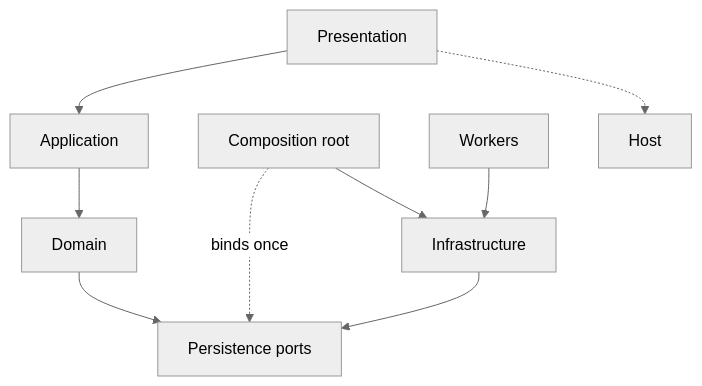
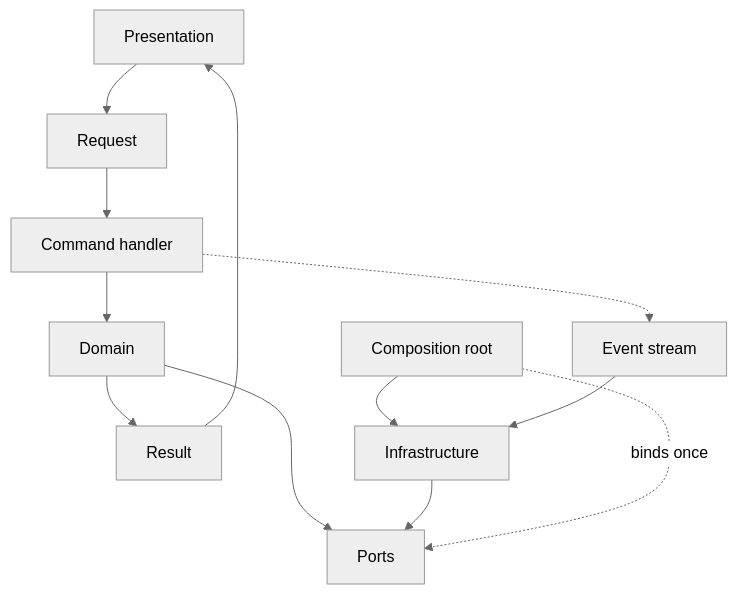
The diagram in README.md (franselstadt/franselstadt), drawn with Mermaid (neutral theme) before and after one commit. The commit also changed other lines of this file, not shown here.

Commit message:
Rewrite as a software engineer kernel: Result, REPR, ADTs, events.

````diff
--- a/README.md
+++ b/README.md
@@ -60,11 +64,14 @@
 ```mermaid
 flowchart TB
-  UI[Presentation] --> APP[Application]
-  APP --> DOM[Domain]
-  DOM --> PORTS[Persistence ports]
+  UI[Presentation] --> REQ[Request]
+  REQ --> H[Command handler]
+  H --> DOM[Domain]
+  DOM --> R[Result]
+  R --> UI
+  DOM --> PORTS[Ports]
   INF[Infrastructure] --> PORTS
   CR[Composition root] -.->|binds once| PORTS
   CR --> INF
-  WRK[Workers] --> INF
-  UI -.-> HOST[Host]
+  ES[Event stream] --> INF
+  H -.-> ES
 ```
````
